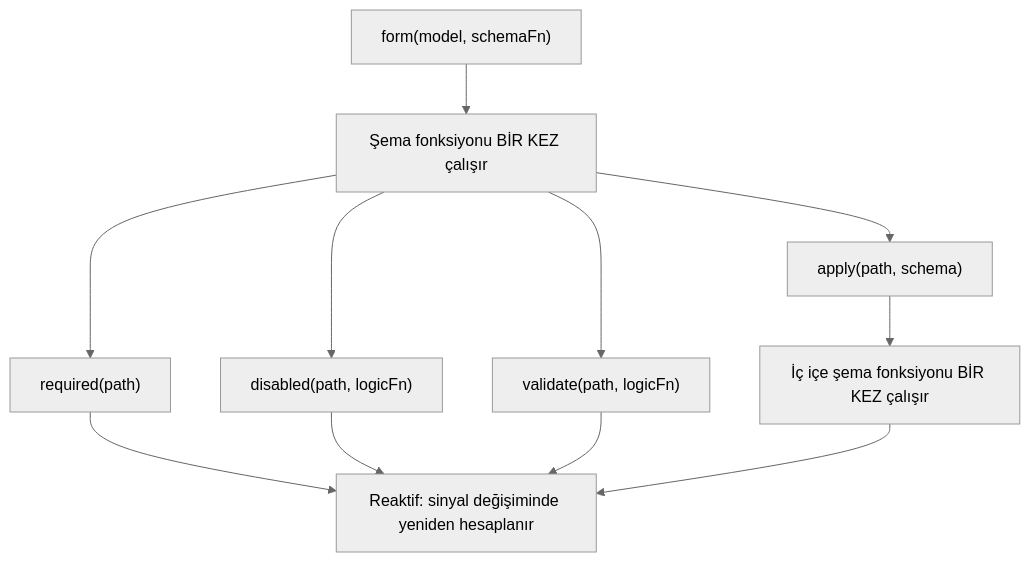
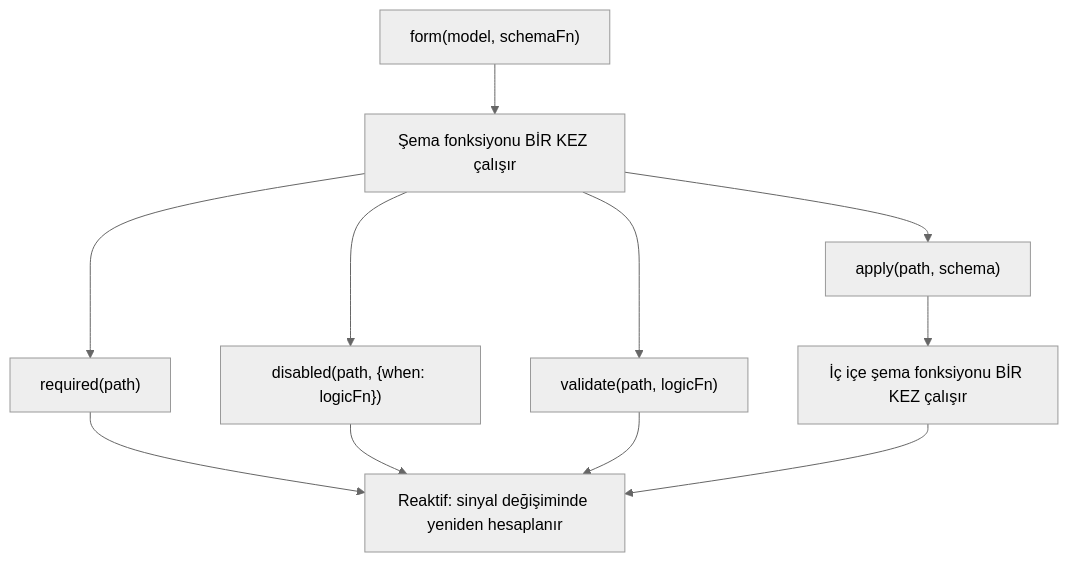
Before and after one commit to erkamyaman/angular-tr: the diagram in adev/src/content/guide/forms/signals/schemas.md, drawn with Mermaid (neutral theme). The commit also changed other lines of this file and 2831 other files, not shown here.

````diff
--- a/adev/src/content/guide/forms/signals/schemas.md
+++ b/adev/src/content/guide/forms/signals/schemas.md
@@ -18,13 +18,13 @@
 ```mermaid
 graph TD
     A["form(model, schemaFn)"] --> B["Şema fonksiyonu BİR KEZ çalışır"]
     B --> C["required(path)"]
-    B --> D["disabled(path, logicFn)"]
+    B --> D["disabled(path, {when: logicFn})"]
     B --> E["validate(path, logicFn)"]
     B --> F["apply(path, schema)"]
     C --> G["Reaktif: sinyal değişiminde yeniden hesaplanır"]
     D --> G
     E --> G
     F --> B2["İç içe şema fonksiyonu BİR KEZ çalışır"]
     B2 --> G
 ```
````
